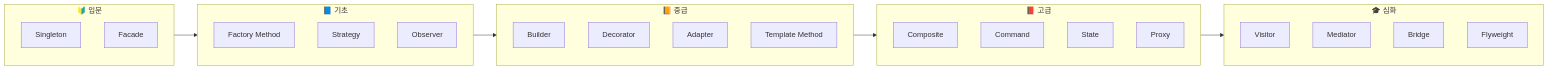
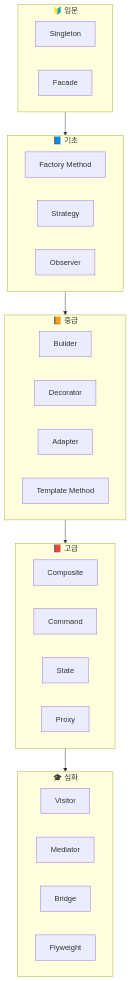
The diagram in README.md (motolies/design), drawn with Mermaid before and after one commit. The commit also changed other lines of this file and 6 other files, not shown here.

````diff
--- a/README.md
+++ b/README.md
@@ -112,39 +119,39 @@
 ```mermaid
-graph LR
+graph TD
     subgraph 입문["🔰 입문"]
         S[Singleton]
         F[Facade]
     end
 
     subgraph 기초["📘 기초"]
         FM[Factory Method]
         St[Strategy]
         Ob[Observer]
     end
 
     subgraph 중급["📙 중급"]
         B[Builder]
         D[Decorator]
         A[Adapter]
         TM[Template Method]
     end
 
     subgraph 고급["📕 고급"]
         Co[Composite]
         Cmd[Command]
         State[State]
         Pr[Proxy]
     end
 
     subgraph 심화["🎓 심화"]
         V[Visitor]
         M[Mediator]
         Br[Bridge]
         Fly[Flyweight]
     end
 
     입문 --> 기초
     기초 --> 중급
     중급 --> 고급
     고급 --> 심화
 ```
````
